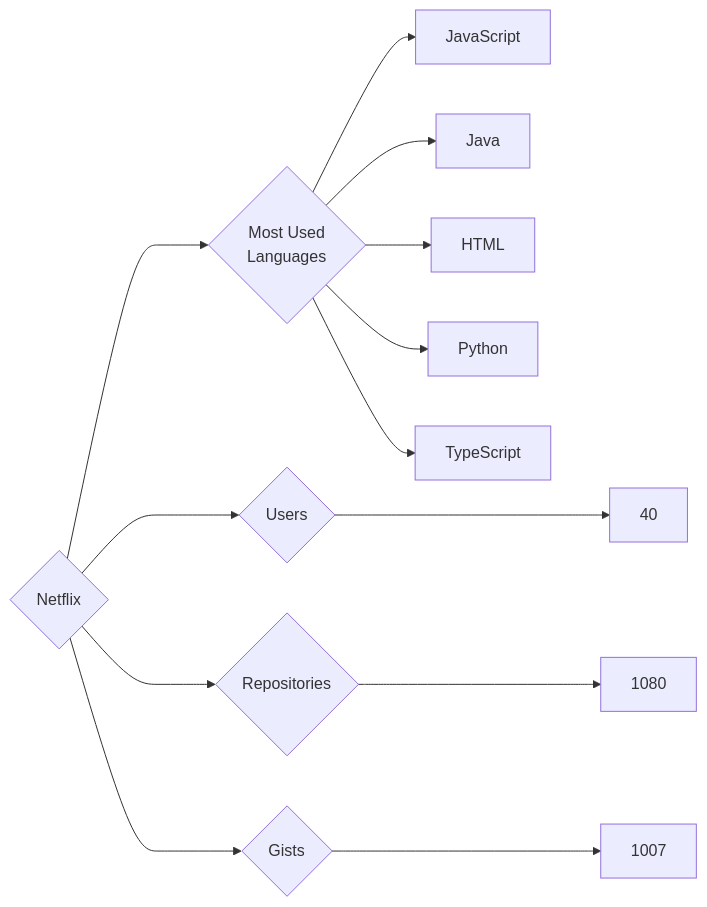
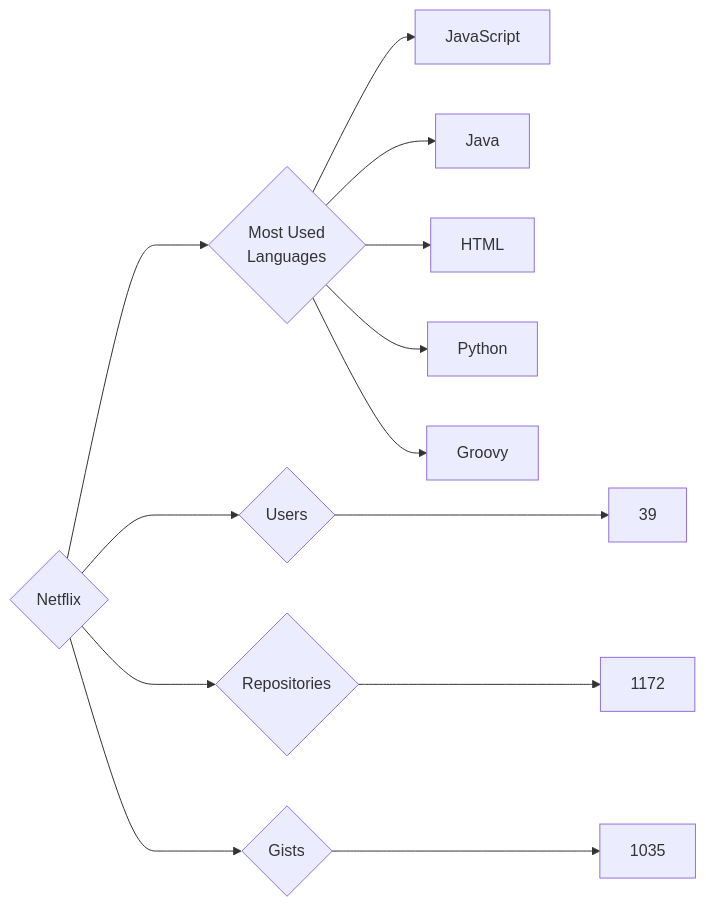
The diagram in targets/Netflix/README.md (trickest/insiders), drawn with Mermaid before and after one commit. The commit also changed 969 other files, not shown here.

````diff
--- a/targets/Netflix/README.md
+++ b/targets/Netflix/README.md
@@ -3,13 +3,13 @@
 ```mermaid
 graph LR
 COMPANY_NAME{Netflix}
-COMPANY_NAME ---> U{Users} ---> UN[40]
-COMPANY_NAME ---> R{Repositories} ---> RN[1080]
-COMPANY_NAME ---> G{Gists} ---> GN[1007]
+COMPANY_NAME ---> U{Users} ---> UN[39]
+COMPANY_NAME ---> R{Repositories} ---> RN[1172]
+COMPANY_NAME ---> G{Gists} ---> GN[1035]
 COMPANY_NAME ---> ML{Most Used<br>Languages}
 ML --> JavaScript[JavaScript]
 ML --> Java[Java]
 ML --> HTML[HTML]
 ML --> Python[Python]
-ML --> TypeScript[TypeScript]
+ML --> Groovy[Groovy]
 ```
````
